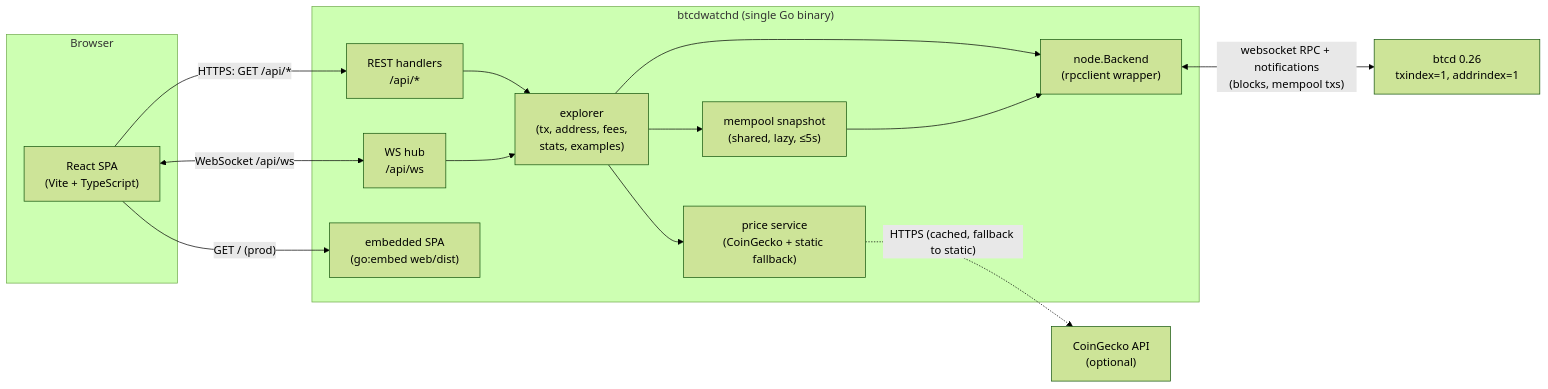
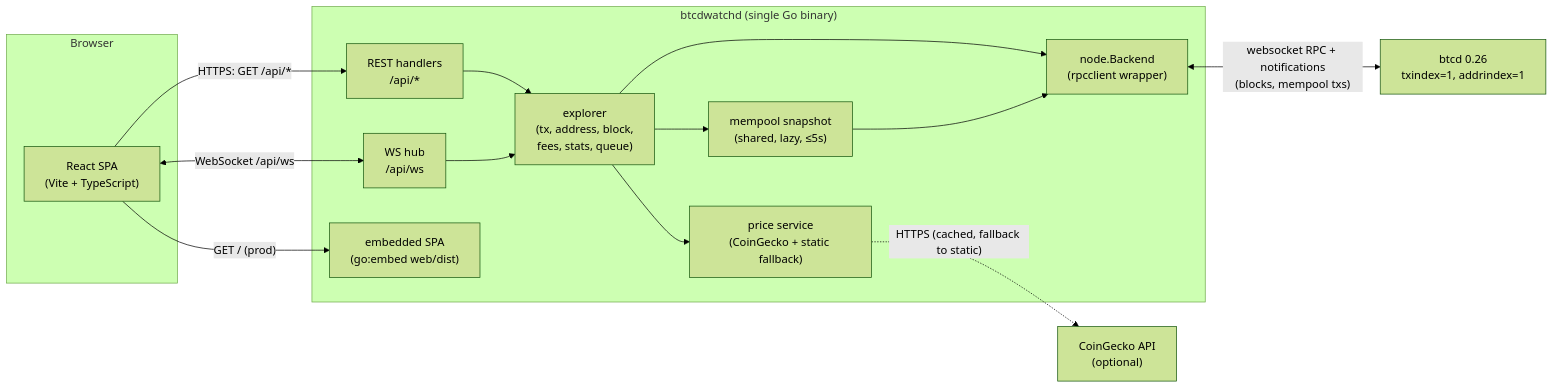
Before and after one commit to saubyk/btcdwatch.com: the first of 3 diagrams in docs/ARCHITECTURE.md, drawn with Mermaid (forest theme). The commit also changed other lines of this file and 42 other files, not shown here.

First line of the commit message:
round2: fee ticker + slide-over, mempool queue, place-in-line, block view

````diff
--- a/docs/ARCHITECTURE.md
+++ b/docs/ARCHITECTURE.md
@@ -43,31 +43,31 @@
 ```mermaid
 flowchart LR
     subgraph Browser
         SPA["React SPA<br/>(Vite + TypeScript)"]
     end
 
     subgraph Server["btcdwatchd (single Go binary)"]
         REST["REST handlers<br/>/api/*"]
         HUB["WS hub<br/>/api/ws"]
-        EXP["explorer<br/>(tx, address, fees,<br/>stats, examples)"]
+        EXP["explorer<br/>(tx, address, block,<br/>fees, stats, queue)"]
         SNAP["mempool snapshot<br/>(shared, lazy, ≤5s)"]
         PRICE["price service<br/>(CoinGecko + static fallback)"]
         NODE["node.Backend<br/>(rpcclient wrapper)"]
         STATIC["embedded SPA<br/>(go:embed web/dist)"]
     end
 
     BTCD["btcd 0.26<br/>txindex=1, addrindex=1"]
     CG["CoinGecko API<br/>(optional)"]
 
     SPA -- "HTTPS: GET /api/*" --> REST
     SPA <-- "WebSocket /api/ws" --> HUB
     SPA -- "GET / (prod)" --> STATIC
     REST --> EXP
     HUB --> EXP
     EXP --> SNAP
     EXP --> PRICE
     EXP --> NODE
     SNAP --> NODE
     NODE <-- "websocket RPC + notifications<br/>(blocks, mempool txs)" --> BTCD
     PRICE -. "HTTPS (cached, fallback to static)" .-> CG
 ```
````
